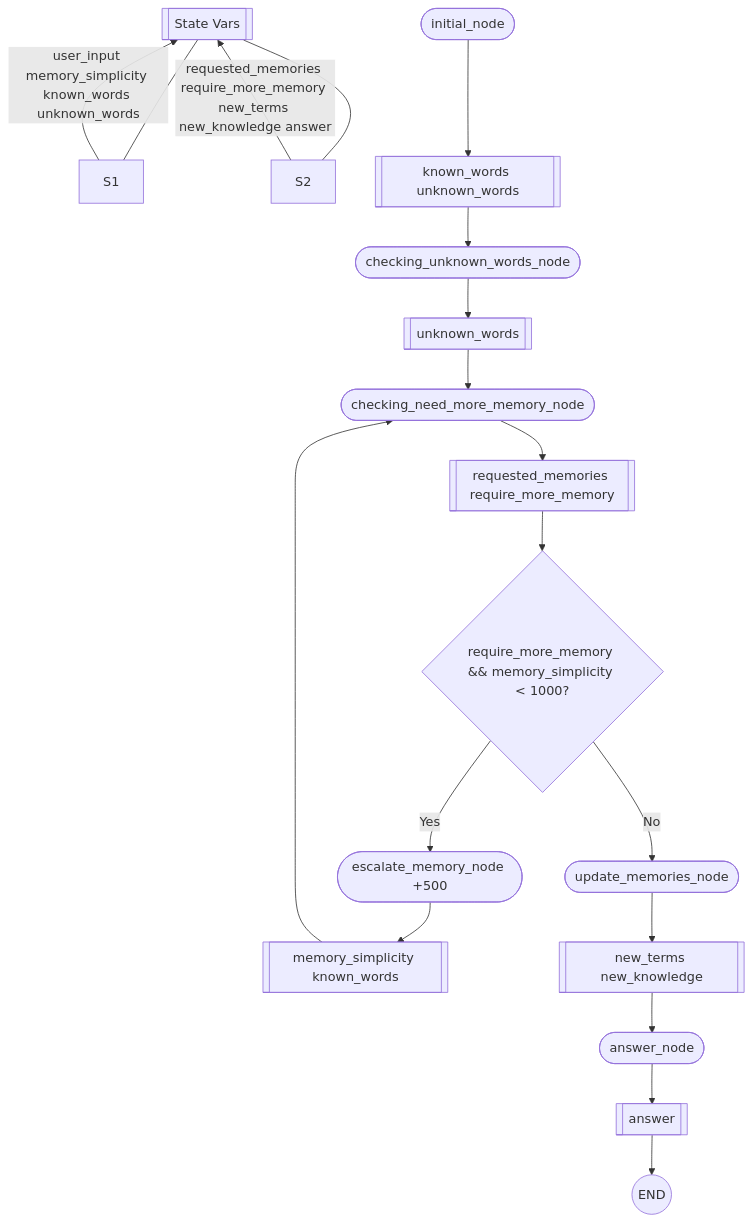
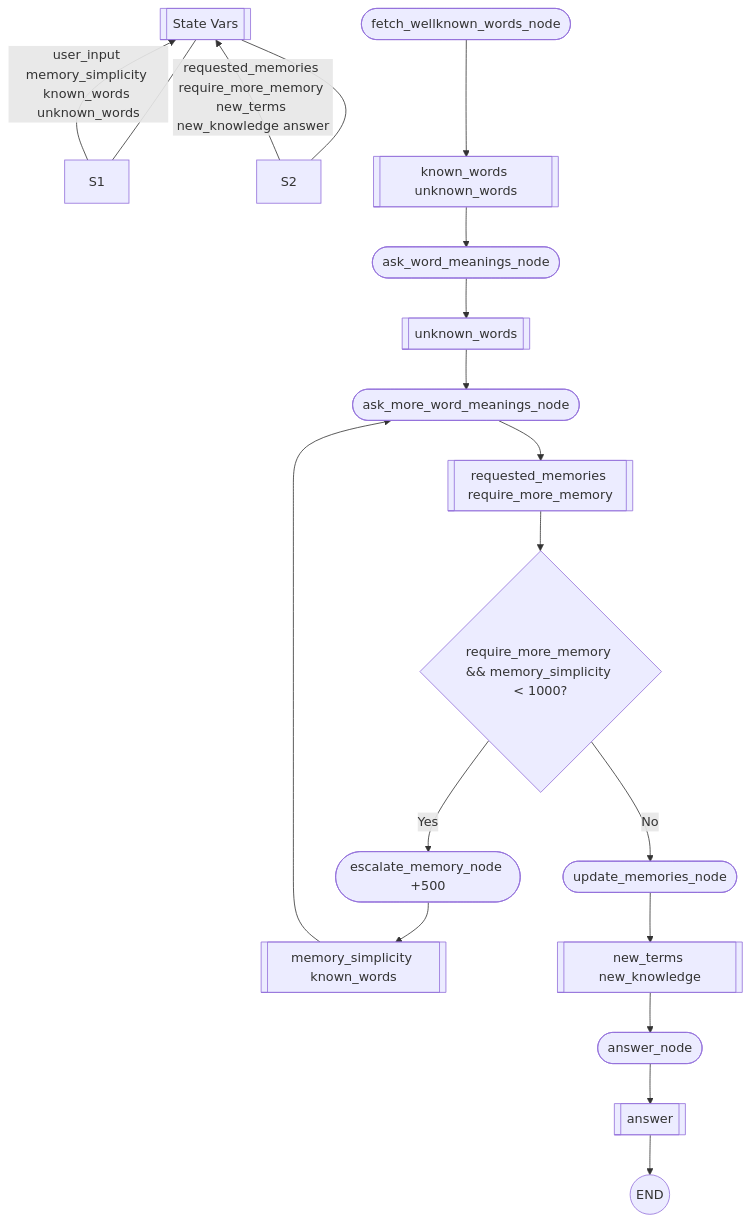
Before and after one commit to cattaka/my-ai-compose: the diagram in docs/dev-note/self-maintenance-memories.mermaid, drawn with Mermaid. The commit also changed 1 other file, not shown here.

```diff
--- a/docs/dev-note/self-maintenance-memories.mermaid
+++ b/docs/dev-note/self-maintenance-memories.mermaid
@@ -1,47 +1,47 @@
 %% self-maintenance-memories (outputs inserted between processing nodes)
 
 flowchart TD
 
 %% STATE OVERVIEW (logical grouping only)
 STATE[[State Vars]]
 STATE --- S1
 STATE --- S2
 S1 -->|"user_input memory_simplicity known_words unknown_words"| STATE
 S2 -->|"requested_memories require_more_memory new_terms new_knowledge answer"| STATE
 
 %% PROCESS NODES
-INIT([initial_node])
-UNK([checking_unknown_words_node])
-NEED([checking_need_more_memory_node])
+INIT([fetch_wellknown_words_node])
+UNK([ask_word_meanings_node])
+NEED([ask_more_word_meanings_node])
 BR{require_more_memory && memory_simplicity < 1000?}
 ESC([escalate_memory_node +500])
 UPD([update_memories_node])
 ANS([answer_node])
 END((END))
 
 %% OUTPUT (DATA) NODES BETWEEN STEPS
 OUT_INIT[[known_words unknown_words]]
 OUT_UNK[[unknown_words]]
 OUT_NEED[[requested_memories require_more_memory]]
 OUT_ESC[[memory_simplicity known_words]]
 OUT_UPD[[new_terms new_knowledge]]
 OUT_ANS[[answer]]
 
 %% FLOWS WITH EXPLICIT OUTPUTS
 INIT --> OUT_INIT --> UNK
 UNK  --> OUT_UNK  --> NEED
 NEED --> OUT_NEED --> BR
 
 BR -->|Yes| ESC
 ESC --> OUT_ESC --> NEED
 
 %% loop after escalating simplicity (re-check with new level)
 
 BR -->|No| UPD
 UPD --> OUT_UPD --> ANS
 ANS --> OUT_ANS --> END
 
 %% STYLES
 class INIT,UNK,NEED,ESC,UPD,ANS proc
 class BR branch
 class OUT_INIT,OUT_UNK,OUT_NEED,OUT_ESC,OUT_UPD,OUT_ANS data
```
